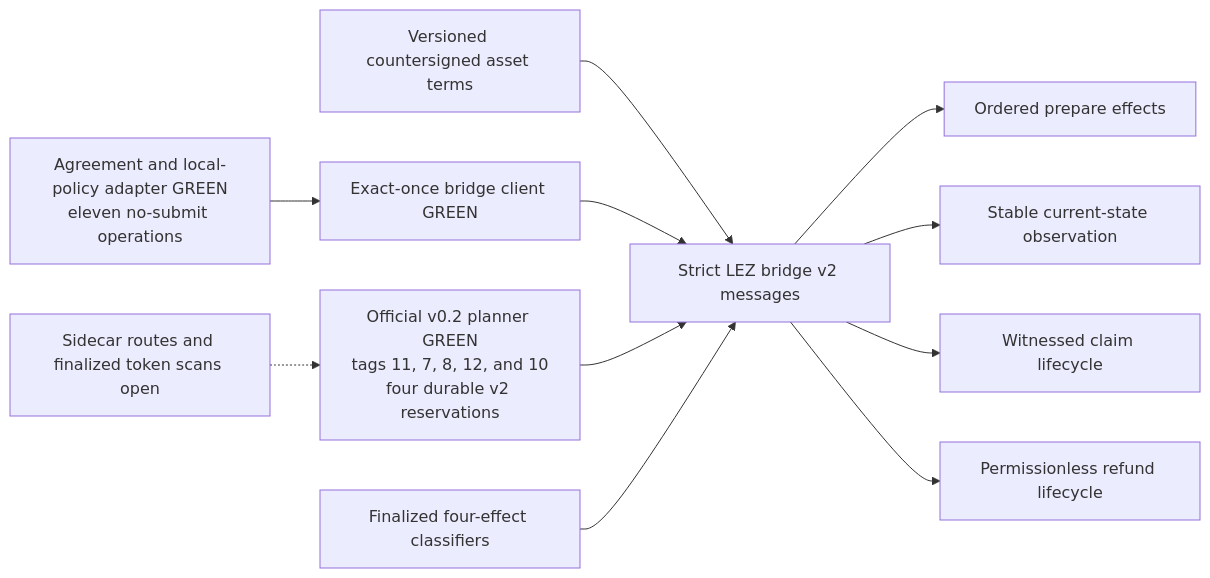
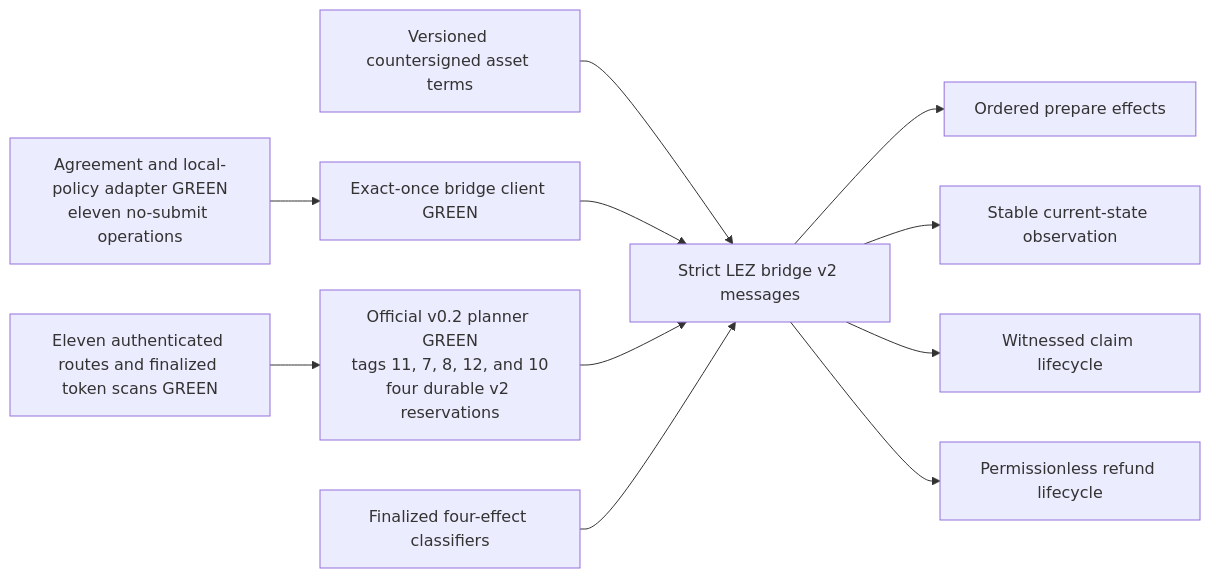
The third of 3 diagrams in docs/architecture/0042-bind-witnessed-token-claims-to-exact-atas.md (gateway-fm/lez-atomic-swaps), drawn with Mermaid before and after one commit. The commit also changed other lines of this file and 21 other files, not shown here.

Commit message:
feat: expose finalized F7 sidecar flows

````diff
--- a/docs/architecture/0042-bind-witnessed-token-claims-to-exact-atas.md
+++ b/docs/architecture/0042-bind-witnessed-token-claims-to-exact-atas.md
@@ -198,13 +198,13 @@
 ```mermaid
 flowchart LR
     Terms["Versioned countersigned asset terms"] --> Wire["Strict LEZ bridge v2 messages"]
     Wire --> Prepare["Ordered prepare effects"]
     Wire --> Current["Stable current-state observation"]
     Wire --> Claim["Witnessed claim lifecycle"]
     Wire --> Refund["Permissionless refund lifecycle"]
     Client["Exact-once bridge client GREEN"] --> Wire
     Adapter["Agreement and local-policy adapter GREEN<br/>eleven no-submit operations"] --> Client
     Sidecar["Official v0.2 planner GREEN<br/>tags 11, 7, 8, 12, and 10<br/>four durable v2 reservations"] --> Wire
-    Routes["Sidecar routes and finalized token scans open"] -.-> Sidecar
+    Routes["Eleven authenticated routes and finalized token scans GREEN"] --> Sidecar
     Finality["Finalized four-effect classifiers"] --> Wire
 ```
````
